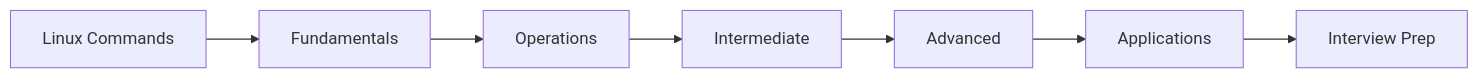
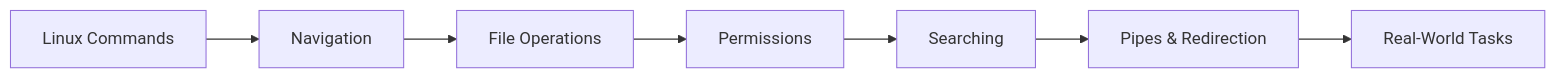
Before and after one commit to Raushan666java/ai-engineering-journey: the diagram in docs/courses/ai-engineering-placement/04-git-linux-cli/04-linux-commands.md, drawn with Mermaid. The commit also changed other lines of this file and 219 other files, not shown here.

````diff
--- a/docs/courses/ai-engineering-placement/04-git-linux-cli/04-linux-commands.md
+++ b/docs/courses/ai-engineering-placement/04-git-linux-cli/04-linux-commands.md
@@ -27,9 +34,9 @@
 ```mermaid
 flowchart LR
-    A[Linux Commands] --> B[Fundamentals]
-    B --> C[Operations]
-    C --> D[Intermediate]
-    D --> E[Advanced]
-    E --> F[Applications]
-    F --> G[Interview Prep]
+    A[Linux Commands] --> B[Navigation]
+    B --> C[File Operations]
+    C --> D[Permissions]
+    D --> E[Searching]
+    E --> F[Pipes & Redirection]
+    F --> G[Real-World Tasks]
 ```
````
